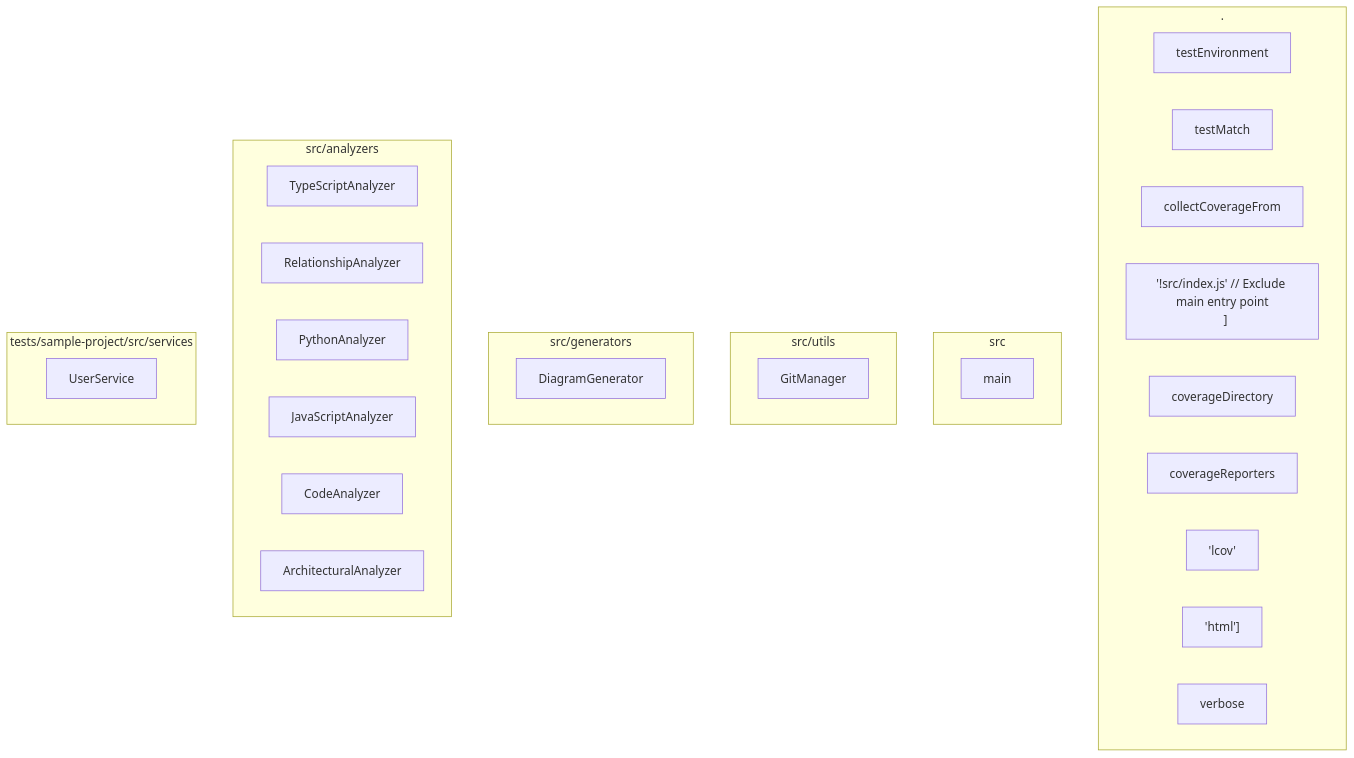
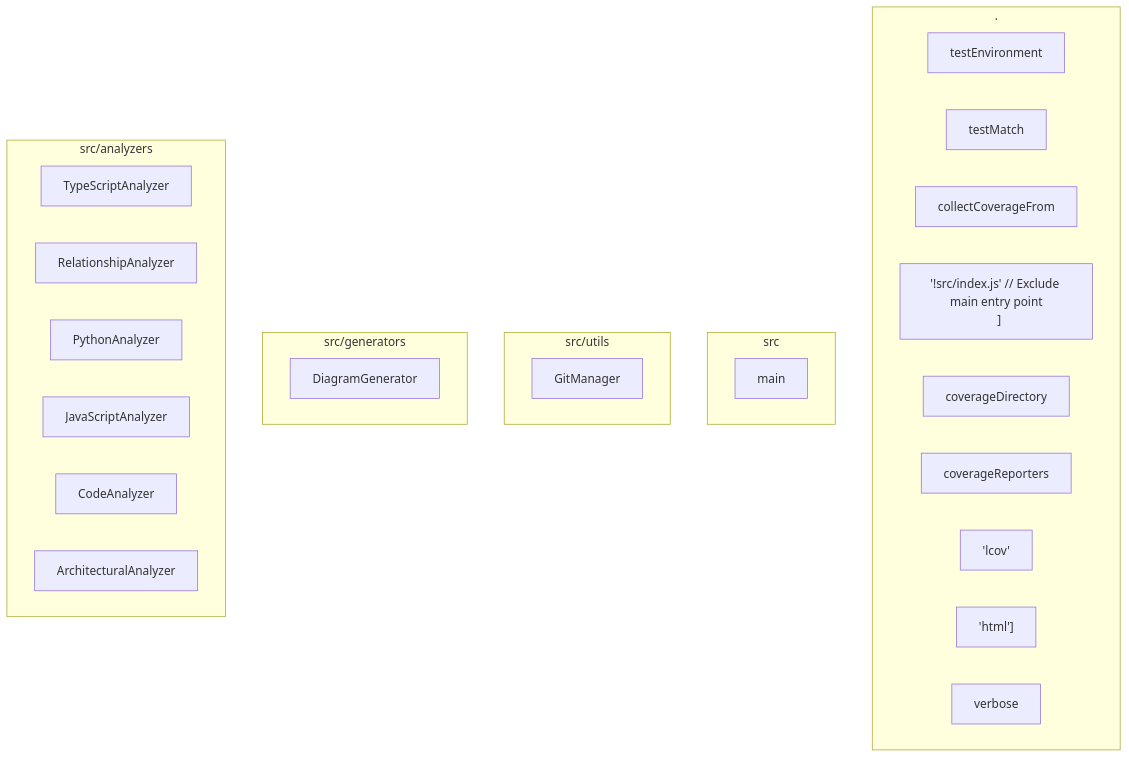
One commit to samjhill/diagrammer changed the diagram in docs/architecture/modules.md. Above: the diagram before and after it, drawn with Mermaid. The commit also changed 4 other files, not shown here.

Commit message:
docs: Update architecture diagrams

````diff
--- a/docs/architecture/modules.md
+++ b/docs/architecture/modules.md
@@ -5,46 +5,42 @@
 ```mermaid
 graph TB
   classDef module fill:#e3f2fd,stroke:#1976d2,stroke-width:2px
   classDef export fill:#e8f5e8,stroke:#388e3c,stroke-width:2px
   classDef group fill:#f3e5f5,stroke:#7b1fa2,stroke-width:3px
 
   subgraph _["."]
     testEnvironment["testEnvironment"]
     testMatch["testMatch"]
     collectCoverageFrom["collectCoverageFrom"]
     __src_index_js_____Exclude_main_entry_point____["'!src/index.js' // Exclude main entry point
   ]"]
     coverageDirectory["coverageDirectory"]
     coverageReporters["coverageReporters"]
     _lcov_["'lcov'"]
     _html__["'html']"]
     verbose["verbose"]
   end
 
   subgraph src["src"]
     main["main"]
   end
 
   subgraph src_utils["src/utils"]
     GitManager["GitManager"]
   end
 
   subgraph src_generators["src/generators"]
     DiagramGenerator["DiagramGenerator"]
   end
 
   subgraph src_analyzers["src/analyzers"]
     TypeScriptAnalyzer["TypeScriptAnalyzer"]
     RelationshipAnalyzer["RelationshipAnalyzer"]
     PythonAnalyzer["PythonAnalyzer"]
     JavaScriptAnalyzer["JavaScriptAnalyzer"]
     CodeAnalyzer["CodeAnalyzer"]
     ArchitecturalAnalyzer["ArchitecturalAnalyzer"]
   end
 
-  subgraph tests_sample_project_src_services["tests/sample-project/src/services"]
-    UserService["UserService"]
-  end
-
 
 ```
````
